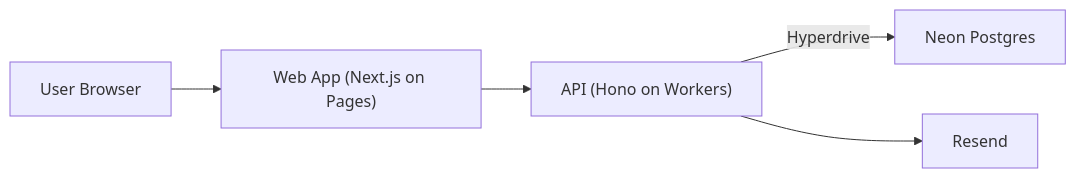
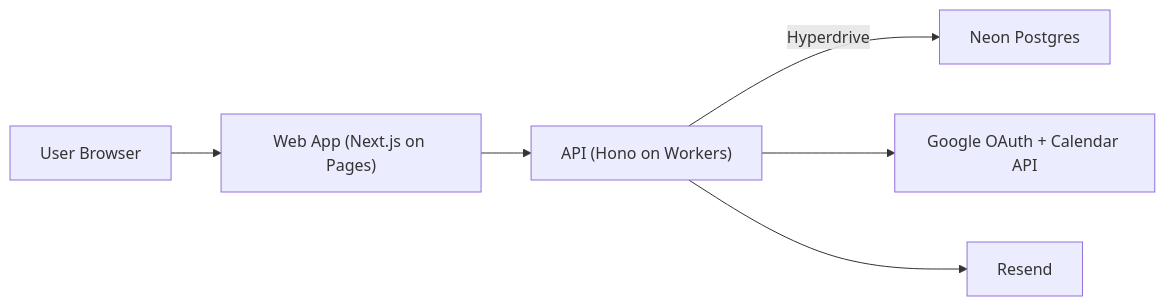
The diagram in docs/ARCHITECTURE.md (rohan-patnaik/opencalendly), drawn with Mermaid before and after one commit. The commit also changed other lines of this file and 22 other files, not shown here.

Commit message:
feat(calendar): add google busy sync hardening v1

````diff
--- a/docs/ARCHITECTURE.md
+++ b/docs/ARCHITECTURE.md
@@ -5,7 +5,8 @@
 ```mermaid
 flowchart LR
   U["User Browser"] --> W["Web App (Next.js on Pages)"]
   W --> A["API (Hono on Workers)"]
   A -->|"Hyperdrive"| D["Neon Postgres"]
+  A --> G["Google OAuth + Calendar API"]
   A --> E["Resend"]
 ```
````
